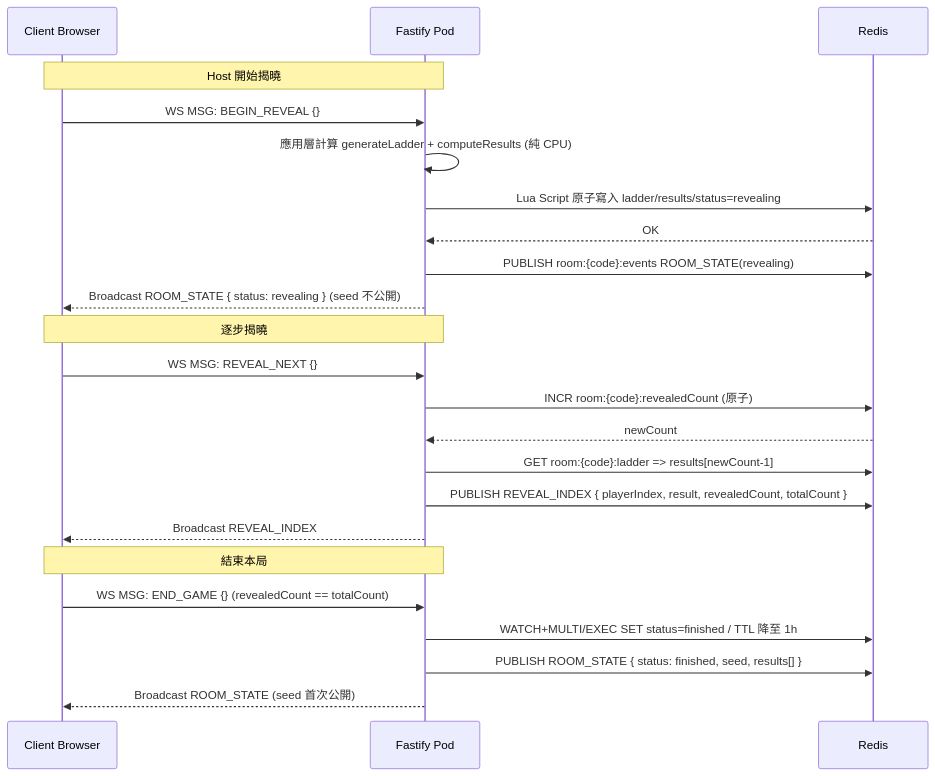
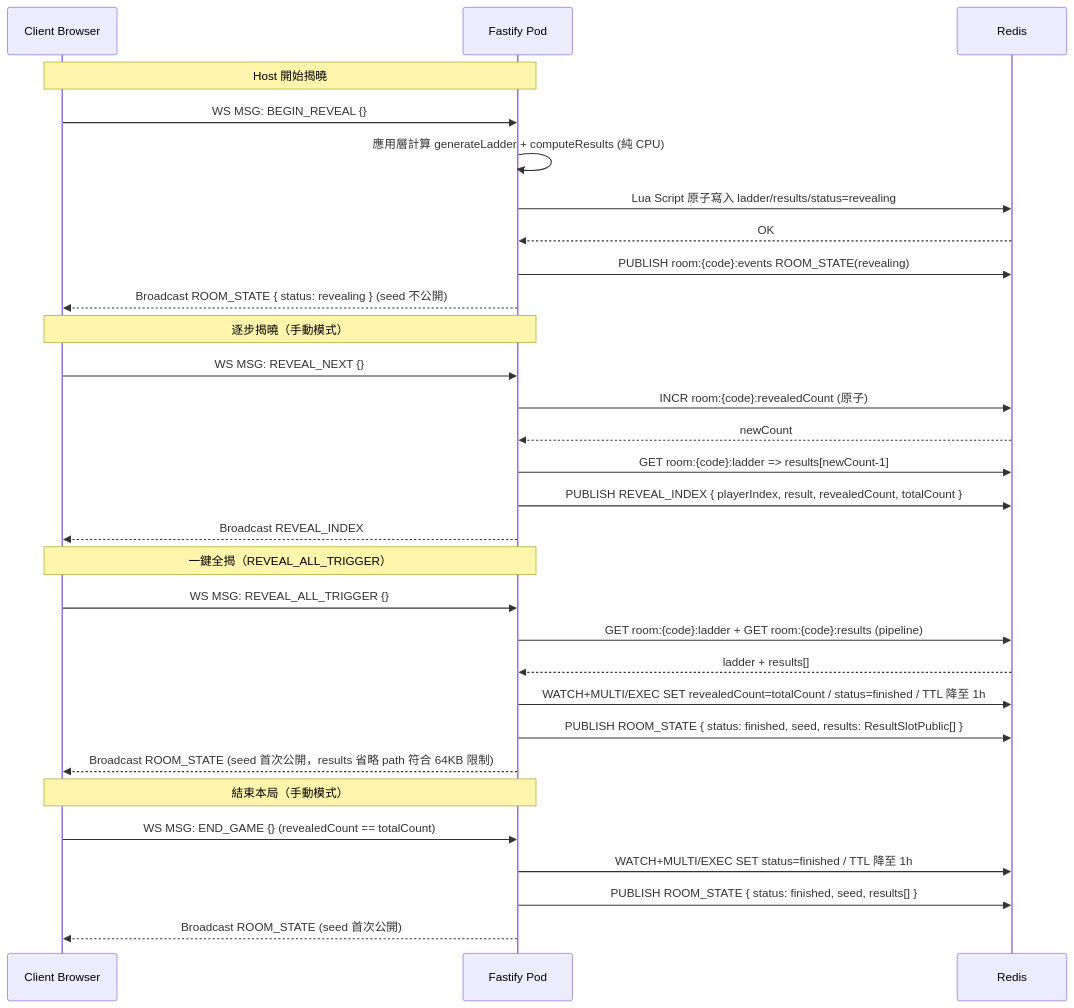
One commit to ibalasite/climb_stairs changed the sixth of 10 diagrams in docs/ARCH.md. Above: the diagram before and after it, drawn with Mermaid. The commit also changed other lines of this file, not shown here.

Commit message:
review(devsop)[STEP-10]: Round 1 fix — 3 findings resolved
CRITICAL: Fix undeclared participant 'C_old' in §3.4 WS Reconnection
sequenceDiagram - declared as 'Cold as Client Browser (舊連線)' to
make Mermaid syntax valid.

HIGH: Add missing REVEAL_ALL_TRIGGER flow to §3.3 Path Reveal
sequence diagram, covering the one-click reveal-all path defined
in EDD §6.1 WsMsgType table.

HIGH: Fix §6.2 Post-MVP Ingress affinity annotation from
'nginx.ingress.kubernetes.io/affinity: cookie' (nginx-ingress
controller) to correct Traefik annotation
'traefik.ingress.kubernetes.io/service.sticky.cookie: "true"',
consistent with Traefik Ingress used throughout the architecture.

````diff
--- a/docs/ARCH.md
+++ b/docs/ARCH.md
@@ -188,28 +188,36 @@
 ```mermaid
 sequenceDiagram
     participant C as Client Browser
     participant F as Fastify Pod
     participant R as Redis
 
     Note over C,F: Host 開始揭曉
     C->>F: WS MSG: BEGIN_REVEAL {}
     F->>F: 應用層計算 generateLadder + computeResults (純 CPU)
     F->>R: Lua Script 原子寫入 ladder/results/status=revealing
     R-->>F: OK
     F->>R: PUBLISH room:{code}:events ROOM_STATE(revealing)
     F-->>C: Broadcast ROOM_STATE { status: revealing } (seed 不公開)
 
-    Note over C,F: 逐步揭曉
+    Note over C,F: 逐步揭曉（手動模式）
     C->>F: WS MSG: REVEAL_NEXT {}
     F->>R: INCR room:{code}:revealedCount (原子)
     R-->>F: newCount
     F->>R: GET room:{code}:ladder => results[newCount-1]
     F->>R: PUBLISH REVEAL_INDEX { playerIndex, result, revealedCount, totalCount }
     F-->>C: Broadcast REVEAL_INDEX
 
-    Note over C,F: 結束本局
+    Note over C,F: 一鍵全揭（REVEAL_ALL_TRIGGER）
+    C->>F: WS MSG: REVEAL_ALL_TRIGGER {}
+    F->>R: GET room:{code}:ladder + GET room:{code}:results (pipeline)
+    R-->>F: ladder + results[]
+    F->>R: WATCH+MULTI/EXEC SET revealedCount=totalCount / status=finished / TTL 降至 1h
+    F->>R: PUBLISH ROOM_STATE { status: finished, seed, results: ResultSlotPublic[] }
+    F-->>C: Broadcast ROOM_STATE (seed 首次公開，results 省略 path 符合 64KB 限制)
+
+    Note over C,F: 結束本局（手動模式）
     C->>F: WS MSG: END_GAME {} (revealedCount == totalCount)
     F->>R: WATCH+MULTI/EXEC SET status=finished / TTL 降至 1h
     F->>R: PUBLISH ROOM_STATE { status: finished, seed, results[] }
     F-->>C: Broadcast ROOM_STATE (seed 首次公開)
 ```
````
